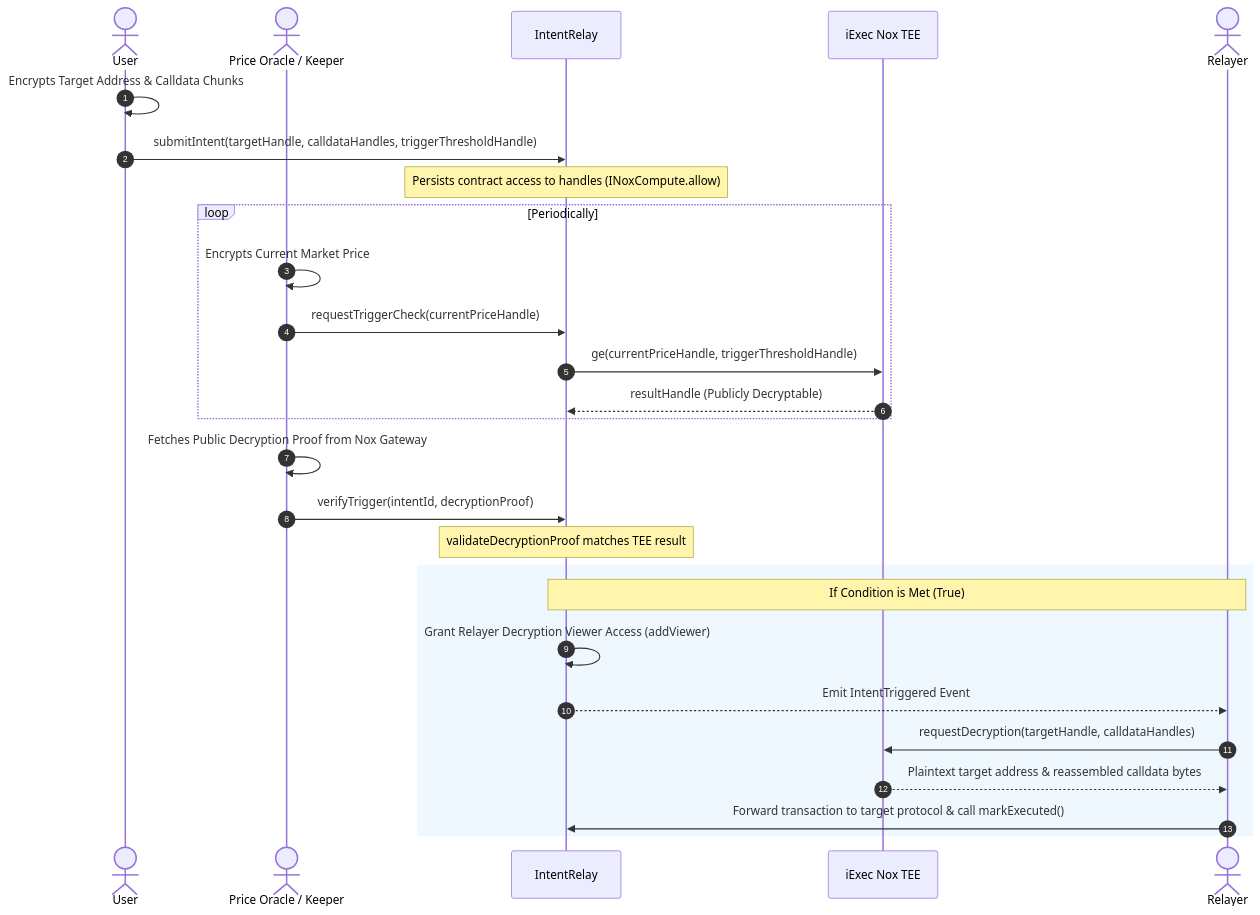
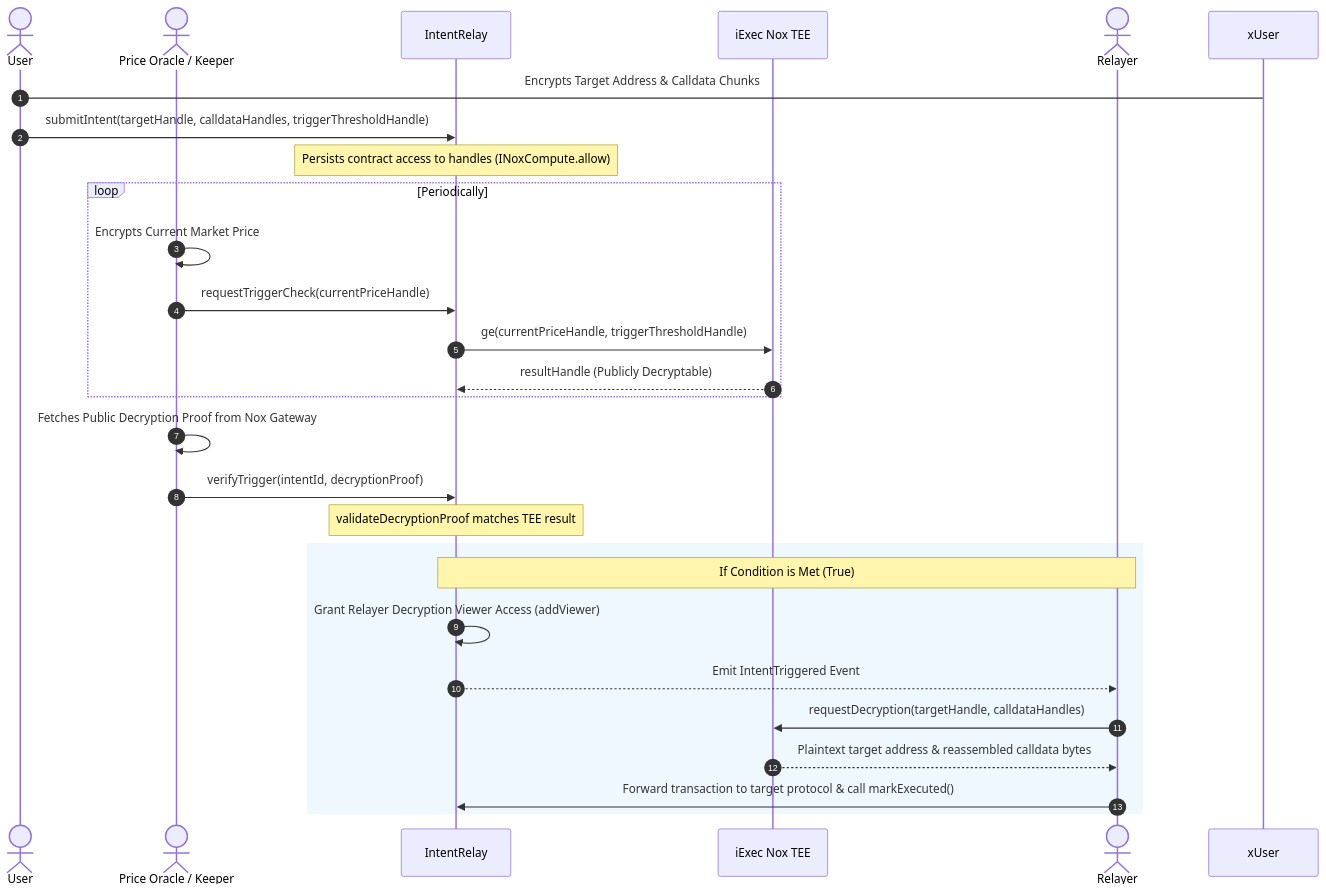
The diagram in README.md (Timothyfranx/Arcana), drawn with Mermaid before and after one commit. The commit also changed other lines of this file and 1 other file, not shown here.

````diff
--- a/README.md
+++ b/README.md
@@ -13,33 +13,33 @@
 ```mermaid
 sequenceDiagram
     autonumber
     actor User
     actor Oracle as Price Oracle / Keeper
     participant Contract as IntentRelay
     participant Nox as iExec Nox TEE
     actor Relayer
 
-    User->>User: Encrypts Target Address & Calldata Chunks
+    User->xUser: Encrypts Target Address & Calldata Chunks
     User->>Contract: submitIntent(targetHandle, calldataHandles, triggerThresholdHandle)
     Note over Contract: Persists contract access to handles (INoxCompute.allow)
     
     loop Periodically
         Oracle->>Oracle: Encrypts Current Market Price
         Oracle->>Contract: requestTriggerCheck(currentPriceHandle)
         Contract->>Nox: ge(currentPriceHandle, triggerThresholdHandle)
         Nox-->>Contract: resultHandle (Publicly Decryptable)
     end
 
     Oracle->>Oracle: Fetches Public Decryption Proof from Nox Gateway
     Oracle->>Contract: verifyTrigger(intentId, decryptionProof)
     Note over Contract: validateDecryptionProof matches TEE result
     
     rect rgb(240, 248, 255)
         Note over Contract, Relayer: If Condition is Met (True)
         Contract->>Contract: Grant Relayer Decryption Viewer Access (addViewer)
         Contract-->>Relayer: Emit IntentTriggered Event
         Relayer->>Nox: requestDecryption(targetHandle, calldataHandles)
         Nox-->>Relayer: Plaintext target address & reassembled calldata bytes
         Relayer->>Contract: Forward transaction to target protocol & call markExecuted()
     end
 ```
````
